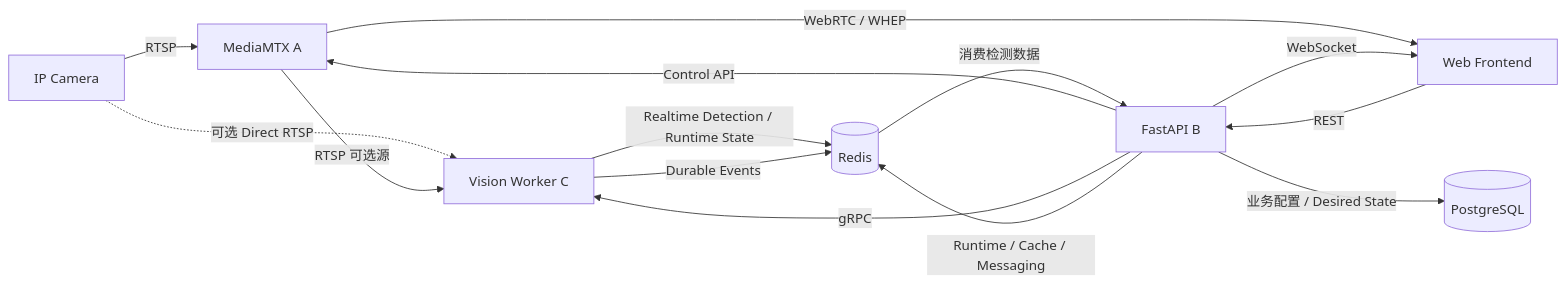
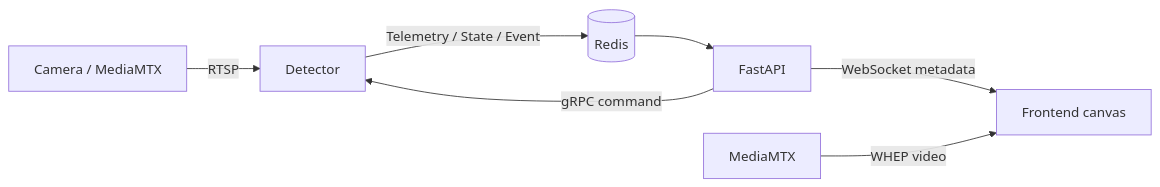
The second of 2 diagrams in docs/vision-platform-architecture.md (fuweihang/sop-vision), drawn with Mermaid before and after one commit. The commit also changed other lines of this file and 41 other files, not shown here.

````diff
--- a/docs/vision-platform-architecture.md
+++ b/docs/vision-platform-architecture.md
@@ -35,28 +119,9 @@
 ```mermaid
 flowchart LR
-    CAM[IP Camera]
-    MTX[MediaMTX A]
-    API[FastAPI B]
-    WK[Vision Worker C]
-    PG[(PostgreSQL)]
-    R[(Redis)]
-    FE[Web Frontend]
-
-    CAM -->|RTSP| MTX
-    CAM -. 可选 Direct RTSP .-> WK
-    MTX -->|RTSP 可选源| WK
-    MTX -->|WebRTC / WHEP| FE
-
-    FE -->|REST| API
-    API -->|WebSocket| FE
-
-    API -->|Control API| MTX
-    API -->|gRPC| WK
-
-    API -->|业务配置 / Desired State| PG
-    API -->|Runtime / Cache / Messaging| R
-    WK -->|Realtime Detection / Runtime State| R
-    WK -->|Durable Events| R
-
-    R -->|消费检测数据| API
+    CAM[Camera / MediaMTX] -->|RTSP| DET[Detector]
+    API[FastAPI] -->|gRPC command| DET
+    DET -->|Telemetry / State / Event| R[(Redis)]
+    R --> API
+    API -->|WebSocket metadata| FE[Frontend canvas]
+    MTX[MediaMTX] -->|WHEP video| FE
 ```
````
